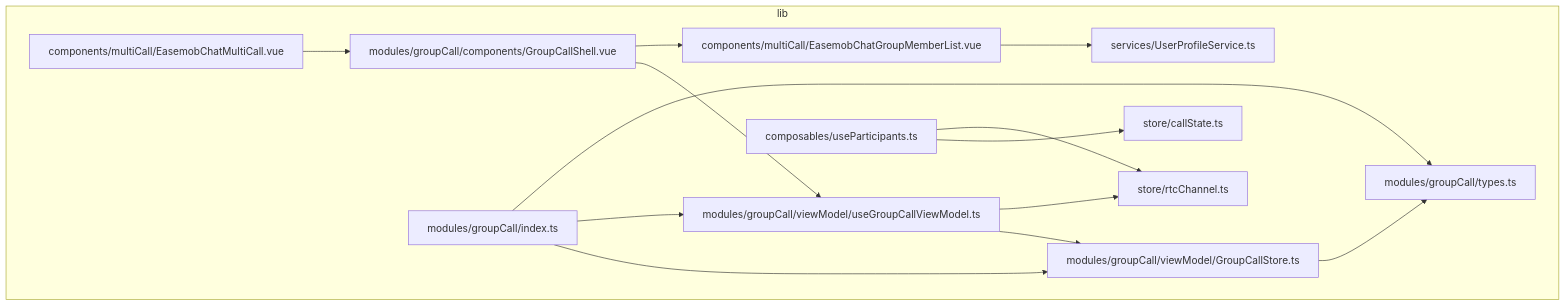
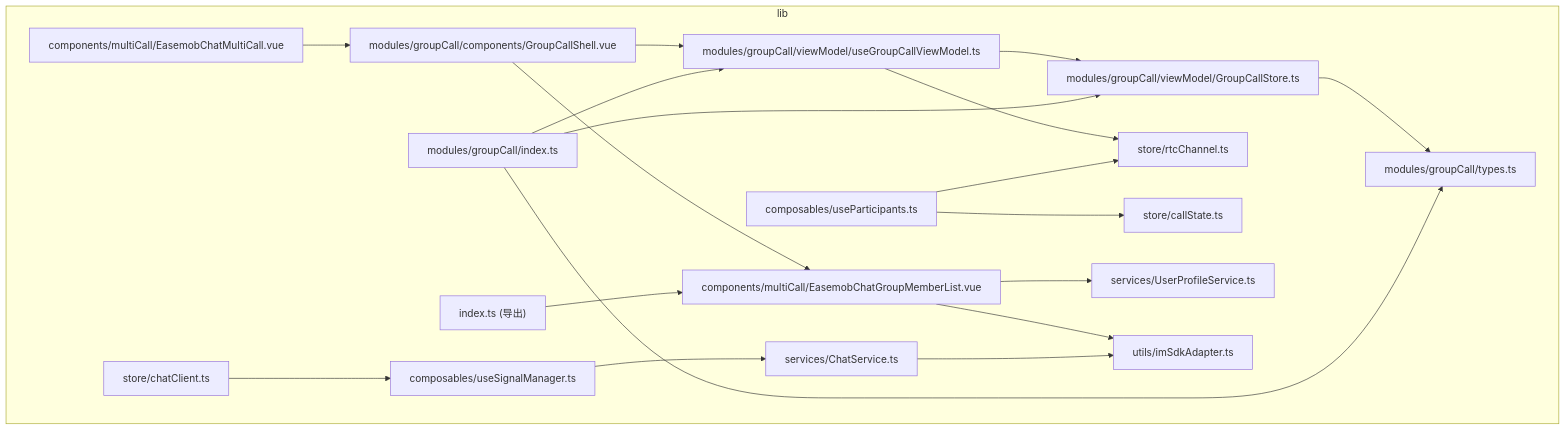
The first of 12 diagrams in .qoder/repowiki/zh/content/核心组件/群组通话组件/群组成员管理.md (Easemob-Community/easemob-uikit-callkit-vue3), drawn with Mermaid before and after one commit. The commit also changed other lines of this file and 58 other files, not shown here.

````diff
--- a/.qoder/repowiki/zh/content/核心组件/群组通话组件/群组成员管理.md
+++ b/.qoder/repowiki/zh/content/核心组件/群组通话组件/群组成员管理.md
@@ -67,28 +72,38 @@
 ```mermaid
 graph TB
 subgraph "lib"
 A["modules/groupCall/viewModel/GroupCallStore.ts"]
 B["modules/groupCall/viewModel/useGroupCallViewModel.ts"]
 C["modules/groupCall/types.ts"]
 D["modules/groupCall/components/GroupCallShell.vue"]
 E["modules/groupCall/index.ts"]
 F["composables/useParticipants.ts"]
 G["store/callState.ts"]
 H["store/rtcChannel.ts"]
 I["components/multiCall/EasemobChatGroupMemberList.vue"]
 J["components/multiCall/EasemobChatMultiCall.vue"]
 K["services/UserProfileService.ts"]
+L["services/ChatService.ts"]
+M["composables/useSignalManager.ts"]
+N["utils/imSdkAdapter.ts"]
+O["store/chatClient.ts"]
+P["index.ts (导出)"]
 end
 A --> C
 B --> A
 B --> H
 D --> B
 D --> I
 E --> A
 E --> B
 E --> C
 F --> G
 F --> H
 J --> D
 I --> K
+I --> N
+L --> N
+M --> L
+O --> M
+P --> I
 ```
````
